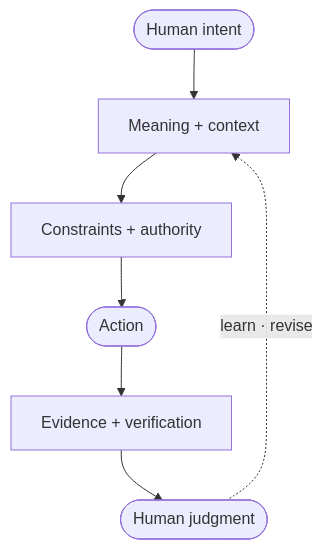
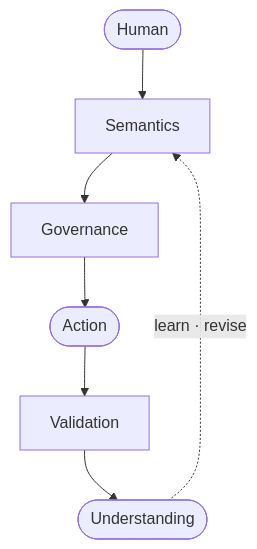
One commit to zachshallbetter/zachshallbetter changed the diagram in README.md. Above: the diagram before and after it, drawn with Mermaid.

Commit message:
Simplify profile diagram labels

````diff
--- a/README.md
+++ b/README.md
@@ -19,9 +19,9 @@
 ```mermaid
 flowchart TB
-    H(["Human intent"]) --> M["Meaning + context"]
-    M --> G["Constraints + authority"]
+    H(["Human"]) --> M["Semantics"]
+    M --> G["Governance"]
     G --> A(["Action"])
-    A --> V["Evidence + verification"]
-    V --> U(["Human judgment"])
+    A --> V["Validation"]
+    V --> U(["Understanding"])
     U -. "  learn · revise  " .-> M
 ```
````
